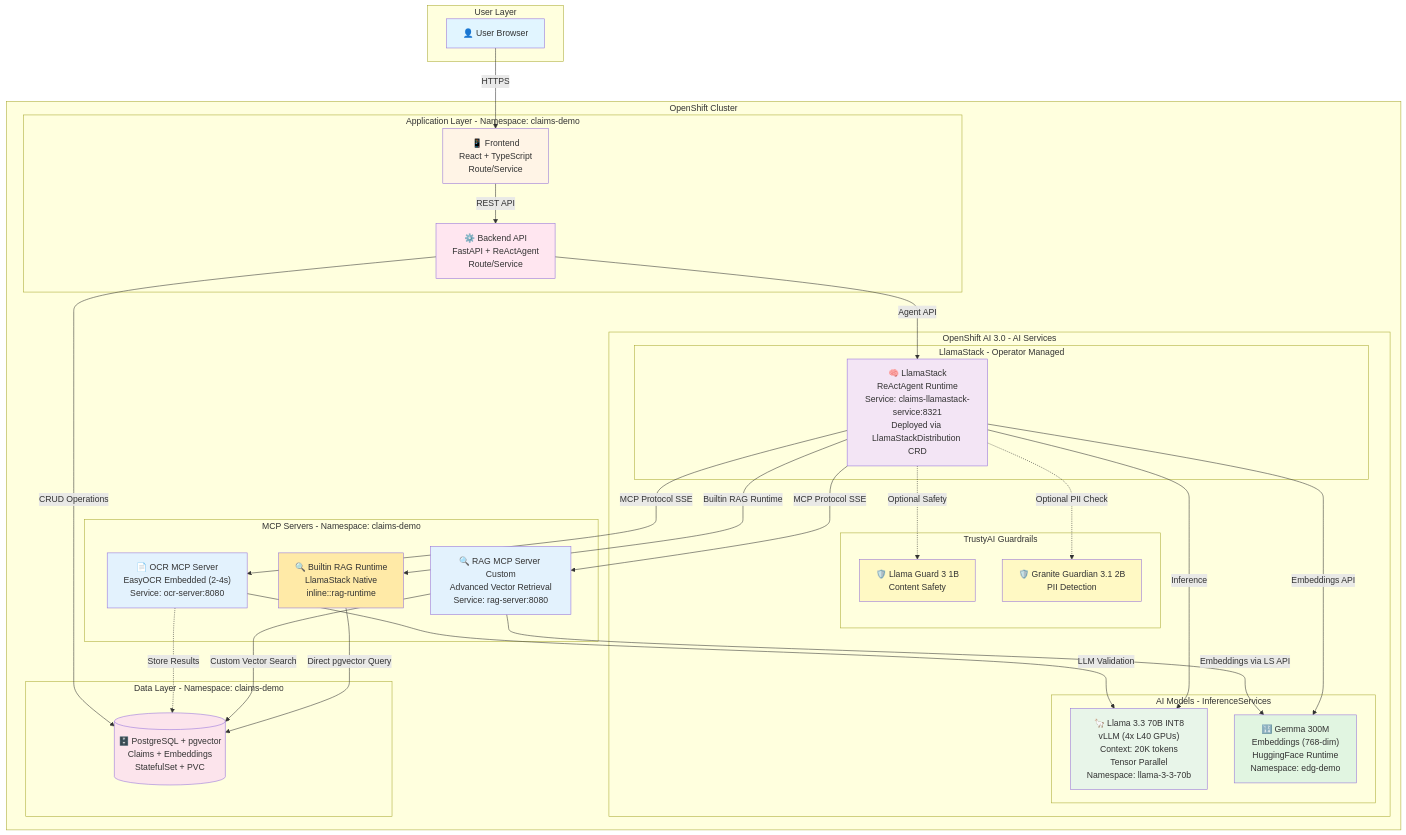
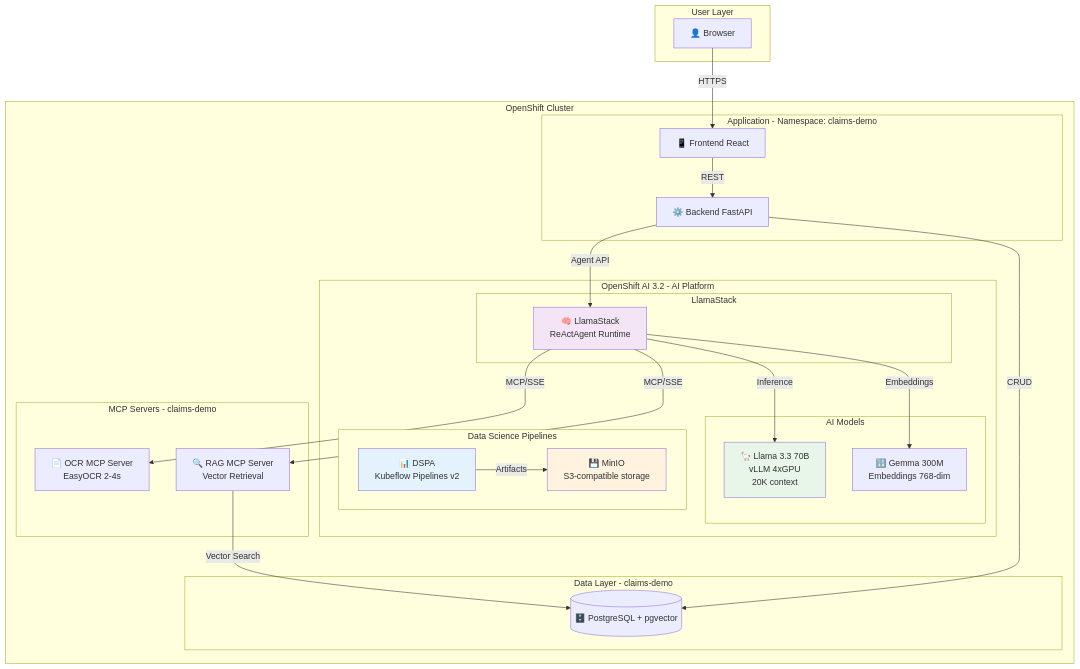
Before and after one commit to mouachan/agentic-claim-demo: the diagram in README.md, drawn with Mermaid. The commit also changed other lines of this file and 31 other files, not shown here.

````diff
--- a/README.md
+++ b/README.md
@@ -44,85 +41,54 @@
 ```mermaid
 graph TB
     subgraph "User Layer"
-        U[👤 User Browser]
+        U[👤 Browser]
     end
 
     subgraph "OpenShift Cluster"
-        subgraph "Application Layer - Namespace: claims-demo"
-            F[📱 Frontend<br/>React + TypeScript<br/>Route/Service]
-            B[⚙️ Backend API<br/>FastAPI + ReActAgent<br/>Route/Service]
+        subgraph "Application - Namespace: claims-demo"
+            F[📱 Frontend React]
+            B[⚙️ Backend FastAPI]
         end
 
-        subgraph "OpenShift AI 3.0 - AI Services"
-            subgraph "LlamaStack - Operator Managed"
-                LS[🧠 LlamaStack<br/>ReActAgent Runtime<br/>Service: claims-llamastack-service:8321<br/>Deployed via LlamaStackDistribution CRD]
+        subgraph "OpenShift AI 3.2 - AI Platform"
+            subgraph "LlamaStack"
+                LS[🧠 LlamaStack<br/>ReActAgent Runtime]
             end
 
-            subgraph "AI Models - InferenceServices"
-                LLM["🦙 Llama 3.3 70B INT8<br/>vLLM (4x L40 GPUs)<br/>Context: 20K tokens<br/>Tensor Parallel<br/>Namespace: llama-3-3-70b"]
-                EMB["🔢 Gemma 300M<br/>Embeddings (768-dim)<br/>HuggingFace Runtime<br/>Namespace: edg-demo"]
+            subgraph "AI Models"
+                LLM["🦙 Llama 3.3 70B<br/>vLLM 4xGPU<br/>20K context"]
+                EMB["🔢 Gemma 300M<br/>Embeddings 768-dim"]
             end
 
-            subgraph "TrustyAI Guardrails"
-                LG["🛡️ Llama Guard 3 1B<br/>Content Safety"]
-                GG["🛡️ Granite Guardian 3.1 2B<br/>PII Detection"]
+            subgraph "Data Science Pipelines"
+                DSPA["📊 DSPA<br/>Kubeflow Pipelines v2"]
+                MINIO["💾 MinIO<br/>S3-compatible storage"]
             end
         end
 
-        subgraph "MCP Servers - Namespace: claims-demo"
-            OCR["📄 OCR MCP Server<br/>EasyOCR Embedded (2-4s)<br/>Service: ocr-server:8080"]
-            RAG["🔍 RAG MCP Server Custom<br/>Advanced Vector Retrieval<br/>Service: rag-server:8080"]
-            RAGBUILTIN["🔍 Builtin RAG Runtime<br/>LlamaStack Native<br/>inline::rag-runtime"]
+        subgraph "MCP Servers - claims-demo"
+            OCR["📄 OCR MCP Server<br/>EasyOCR 2-4s"]
+            RAG["🔍 RAG MCP Server<br/>Vector Retrieval"]
         end
 
-        subgraph "Data Layer - Namespace: claims-demo"
-            DB[(🗄️ PostgreSQL + pgvector<br/>Claims + Embeddings<br/>StatefulSet + PVC)]
+        subgraph "Data Layer - claims-demo"
+            DB[(🗄️ PostgreSQL + pgvector)]
         end
     end
 
-    %% User connections
     U -->|HTTPS| F
-    F -->|REST API| B
+    F -->|REST| B
+    B -->|Agent API| LS
+    LS -->|Inference| LLM
+    LS -->|Embeddings| EMB
+    LS -->|MCP/SSE| OCR
+    LS -->|MCP/SSE| RAG
+    RAG -->|Vector Search| DB
+    B -->|CRUD| DB
+    DSPA -->|Artifacts| MINIO
 
-    %% Backend to LlamaStack
-    B -->|Agent API| LS
-
-    %% LlamaStack to Models
-    LS -->|Inference| LLM
-    LS -->|Embeddings API| EMB
-    LS -->|MCP Protocol SSE| OCR
-    LS -->|MCP Protocol SSE| RAG
-    LS -.->|Optional Safety| LG
-    LS -.->|Optional PII Check| GG
-
-    %% LlamaStack Builtin RAG (inline runtime)
-    LS -->|Builtin RAG Runtime| RAGBUILTIN
-    RAGBUILTIN -->|Direct pgvector Query| DB
-
-    %% MCP Servers to AI Models
-    OCR -->|LLM Validation| LLM
-    RAG -->|Embeddings via LS API| EMB
-
-    %% Note: EasyOCR runs embedded in OCR server (no external model call)
-    %% Note: RAG server calls LlamaStack Embeddings API which uses Gemma 300m
-
-    %% MCP Servers to Data
-    RAG -->|Custom Vector Search| DB
-    OCR -.->|Store Results| DB
-
-    %% Backend to Data
-    B -->|CRUD Operations| DB
-
-    style U fill:#e1f5ff
-    style F fill:#fff4e6
-    style B fill:#ffe6f0
     style LS fill:#f3e5f5
     style LLM fill:#e8f5e9
-    style EMB fill:#e1f5e1
-    style LG fill:#fff9c4
-    style GG fill:#fff9c4
-    style OCR fill:#e3f2fd
-    style RAG fill:#e3f2fd
-    style RAGBUILTIN fill:#ffeaa7
-    style DB fill:#fce4ec
+    style DSPA fill:#e3f2fd
+    style MINIO fill:#fff3e0
 ```
````
